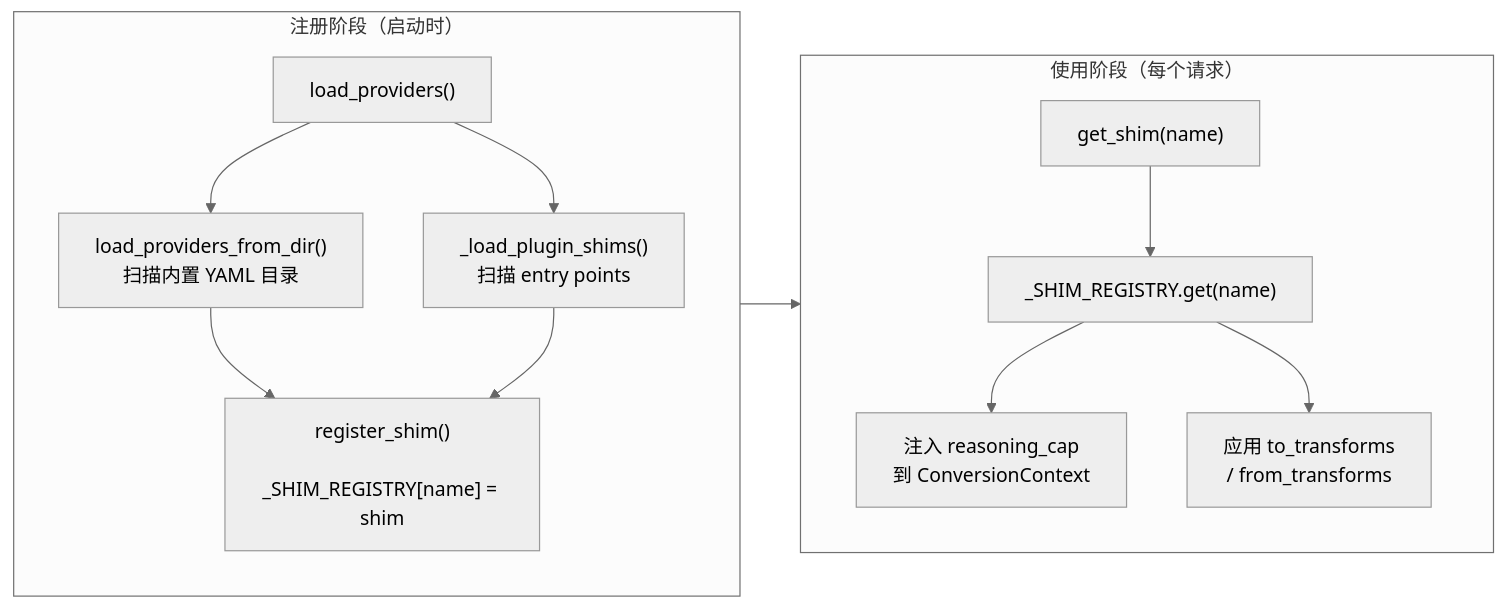
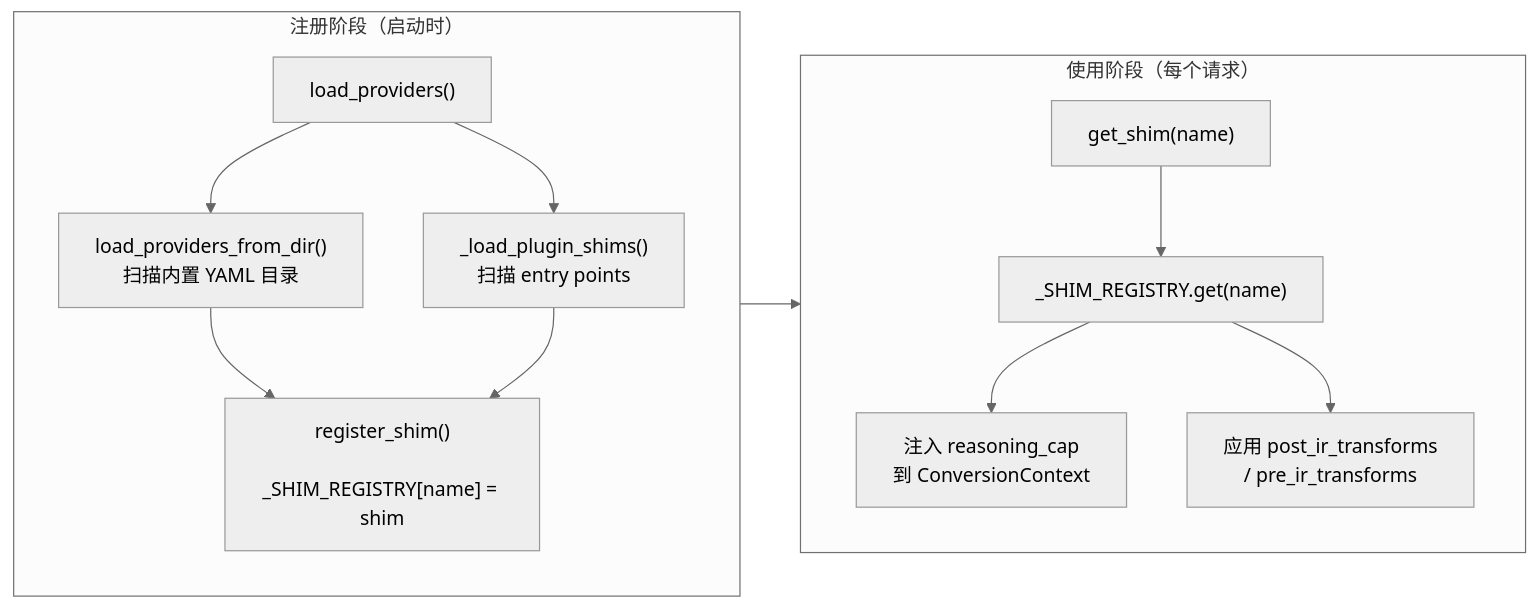
One commit to Oaklight/llm-rosetta changed the diagram in docs/guide/shims.md. Above: the diagram before and after it, drawn with Mermaid (neutral theme). The commit also changed other lines of this file and 1 other file, not shown here.

First line of the commit message:
docs: 重命名 transform 字段为 pre_ir_transforms / post_ir_transforms

````diff
--- a/docs/guide/shims.md
+++ b/docs/guide/shims.md
@@ -74,24 +77,24 @@
 ```mermaid
 flowchart LR
     subgraph 注册["注册阶段（启动时）"]
         direction TB
         A["load_providers()"] --> B["load_providers_from_dir()
         扫描内置 YAML 目录"]
         A --> C["_load_plugin_shims()
         扫描 entry points"]
         B --> D["register_shim()
         _SHIM_REGISTRY[name] = shim"]
         C --> D
     end
 
     subgraph 使用["使用阶段（每个请求）"]
         direction TB
         E["get_shim(name)"] --> F["_SHIM_REGISTRY.get(name)"]
         F --> G["注入 reasoning_cap
         到 ConversionContext"]
-        F --> H["应用 to_transforms
-        / from_transforms"]
+        F --> H["应用 post_ir_transforms
+        / pre_ir_transforms"]
     end
 
     注册 --> 使用
 ```
````
